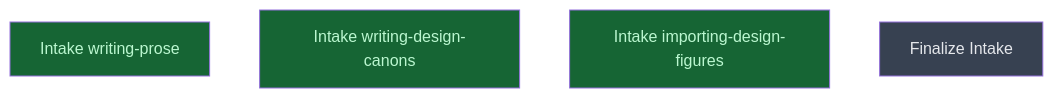
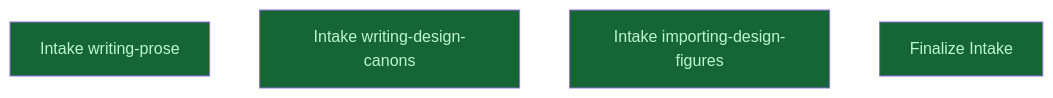
One commit to CrackingShells/cracking-shells-playbook changed the diagram in __roadmap__/skills_intake_triplet/README.md. Above: the diagram before and after it, drawn with Mermaid. The commit also changed other lines of this file and 1 other file, not shown here.

Commit message:
chore(skills-intake): mark finalize gate and campaign nodes done

````diff
--- a/__roadmap__/skills_intake_triplet/README.md
+++ b/__roadmap__/skills_intake_triplet/README.md
@@ -25,12 +25,12 @@
 ```mermaid
 graph TD
     intake_writing_prose[Intake writing-prose]:::done
     intake_writing_design_canons[Intake writing-design-canons]:::done
     intake_importing_design_figures[Intake importing-design-figures]:::done
-    finalize[Finalize Intake]:::planned
+    finalize[Finalize Intake]:::done
     classDef done       fill:#166534,color:#bbf7d0
     classDef inprogress fill:#854d0e,color:#fef08a
     classDef planned    fill:#374151,color:#e5e7eb
     classDef amendment  fill:#1e3a5f,color:#bfdbfe
     classDef blocked    fill:#7f1d1d,color:#fecaca
 ```
````
